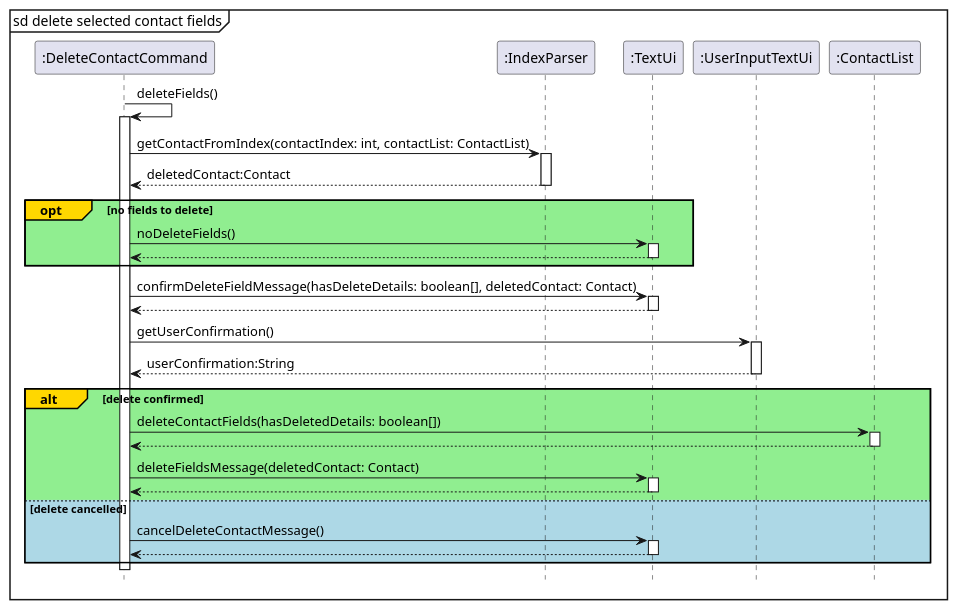
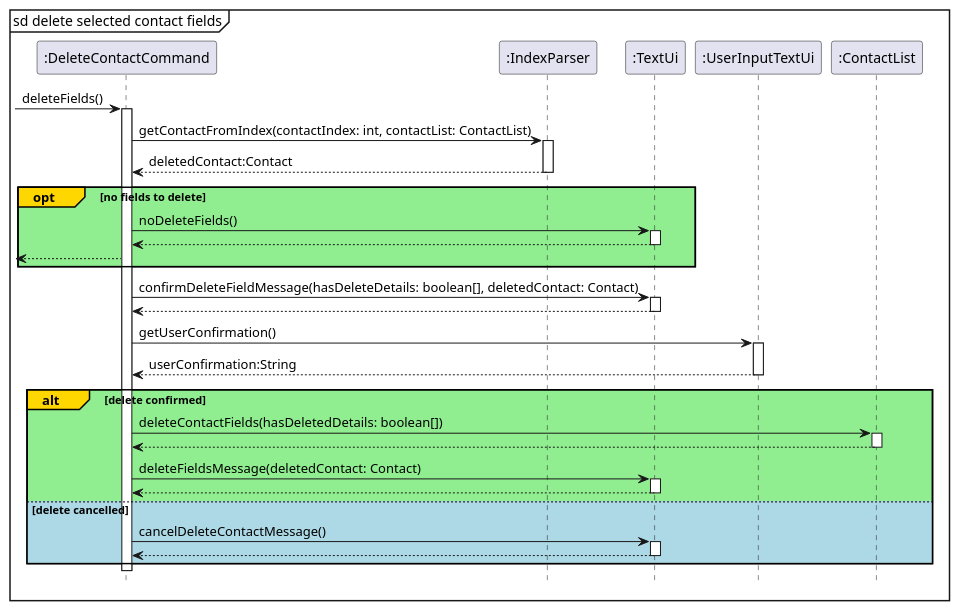
The diagram in docs/diagrams/DeleteContactFields.puml (nus-cs2113-AY2122S1/tp), drawn with PlantUML before and after one commit. The commit also changed 6 other files, not shown here.

```diff
--- a/docs/diagrams/DeleteContactFields.puml
+++ b/docs/diagrams/DeleteContactFields.puml
@@ -1,55 +1,56 @@
 @startuml
 hide footbox
 mainframe sd delete selected contact fields
-":DeleteContactCommand" -> ":DeleteContactCommand":deleteFields()
+-> ":DeleteContactCommand":deleteFields()
 activate ":DeleteContactCommand"
 
 'obtain contact to be deleted using index
 ":DeleteContactCommand" -> ":IndexParser": getContactFromIndex(contactIndex: int, contactList: ContactList)
 activate ":IndexParser"
 ":IndexParser" --> ":DeleteContactCommand": deletedContact:Contact
 deactivate ":IndexParser"
 
 
 opt#gold #lightgreen no fields to delete
     ":DeleteContactCommand" -> ":TextUi": noDeleteFields()
     activate ":TextUi"
     ":TextUi" --> ":DeleteContactCommand"
     deactivate ":TextUi"
+    <-- ":DeleteContactCommand"
 end
 
 'confirm delete message
 ":DeleteContactCommand" -> ":TextUi" :confirmDeleteFieldMessage(hasDeleteDetails: boolean[], deletedContact: Contact)
 activate ":TextUi"
 ":TextUi" --> ":DeleteContactCommand"
 deactivate ":TextUi"
 
 'get confirmation from user to delete
 ":DeleteContactCommand" -> ":UserInputTextUi":getUserConfirmation()
 activate ":UserInputTextUi"
 ":UserInputTextUi" --> ":DeleteContactCommand" :userConfirmation:String
 deactivate ":UserInputTextUi"
 
 alt#gold #lightgreen delete confirmed
     'execute delete for selected contact
     ":DeleteContactCommand" -> ":ContactList":deleteContactFields(hasDeletedDetails: boolean[])
     activate ":ContactList"
     ":ContactList" --> ":DeleteContactCommand"
     deactivate ":ContactList"
 
     'Print message to show delete executed
     ":DeleteContactCommand" -> ":TextUi": deleteFieldsMessage(deletedContact: Contact)
     activate ":TextUi"
     ":TextUi" --> ":DeleteContactCommand"
     deactivate ":TextUi"
 
 else #lightblue delete cancelled
     'Print message to show delete cancelled
     ":DeleteContactCommand" -> ":TextUi":cancelDeleteContactMessage()
     activate ":TextUi"
     ":TextUi" --> ":DeleteContactCommand"
     deactivate ":TextUi"
 end
 
 deactivate ":DeleteContactCommand"
 @enduml
```
